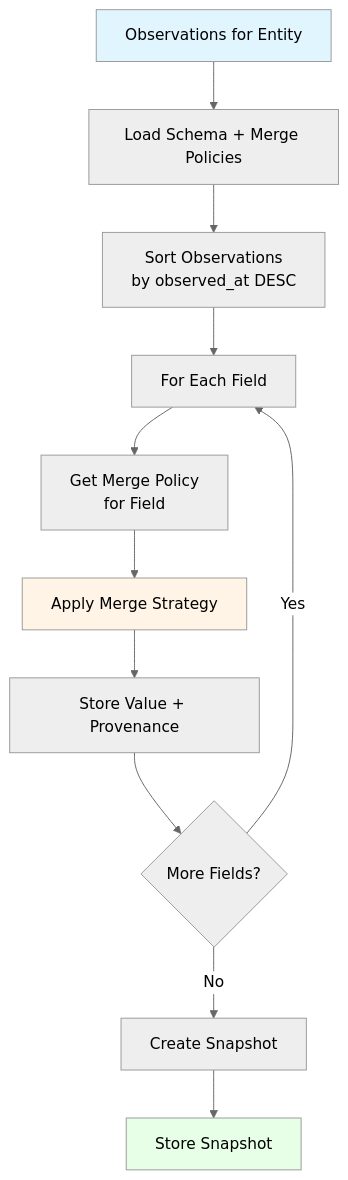
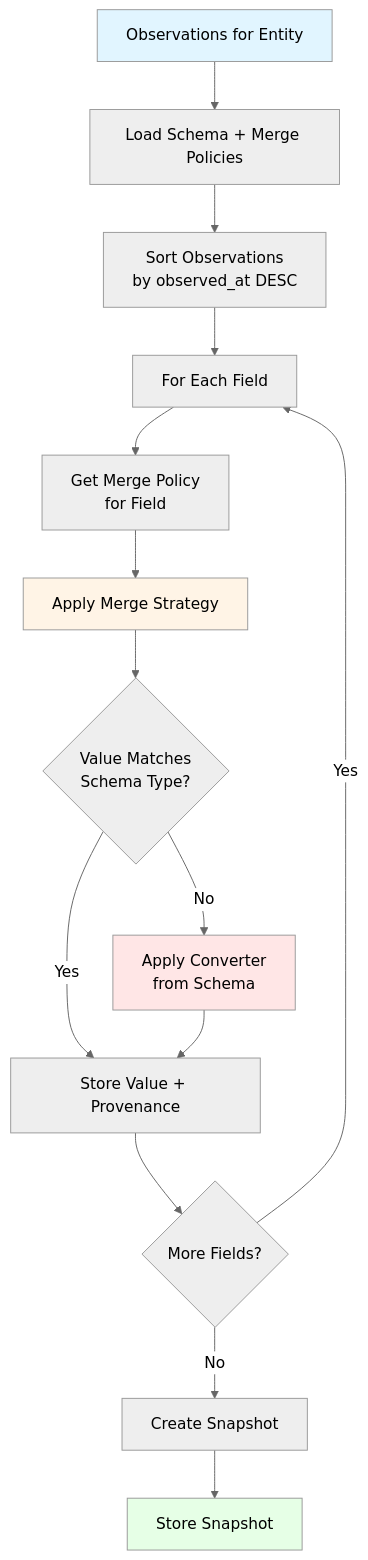
The diagram in docs/subsystems/reducer.md (markmhendrickson/neotoma), drawn with Mermaid before and after one commit. The commit also changed other lines of this file and 6696 other files, not shown here.

````diff
--- a/docs/subsystems/reducer.md
+++ b/docs/subsystems/reducer.md
@@ -38,18 +39,22 @@
 ```mermaid
 %%{init: {'theme':'neutral'}}%%
 flowchart TD
     Start[Observations for Entity] --> LoadSchema[Load Schema + Merge Policies]
     LoadSchema --> SortObs[Sort Observations<br/>by observed_at DESC]
     SortObs --> Loop[For Each Field]
     Loop --> GetPolicy[Get Merge Policy<br/>for Field]
     GetPolicy --> ApplyStrategy[Apply Merge Strategy]
-    ApplyStrategy --> StoreValue[Store Value + Provenance]
+    ApplyStrategy --> CheckType{Value Matches<br/>Schema Type?}
+    CheckType -->|Yes| StoreValue[Store Value + Provenance]
+    CheckType -->|No| ApplyConverter[Apply Converter<br/>from Schema]
+    ApplyConverter --> StoreValue
     StoreValue --> NextField{More Fields?}
     NextField -->|Yes| Loop
     NextField -->|No| CreateSnapshot[Create Snapshot]
     CreateSnapshot --> StoreSnapshot[Store Snapshot]
     
     style Start fill:#e1f5ff
     style StoreSnapshot fill:#e6ffe6
     style ApplyStrategy fill:#fff4e6
+    style ApplyConverter fill:#ffe6e6
 ```
````
